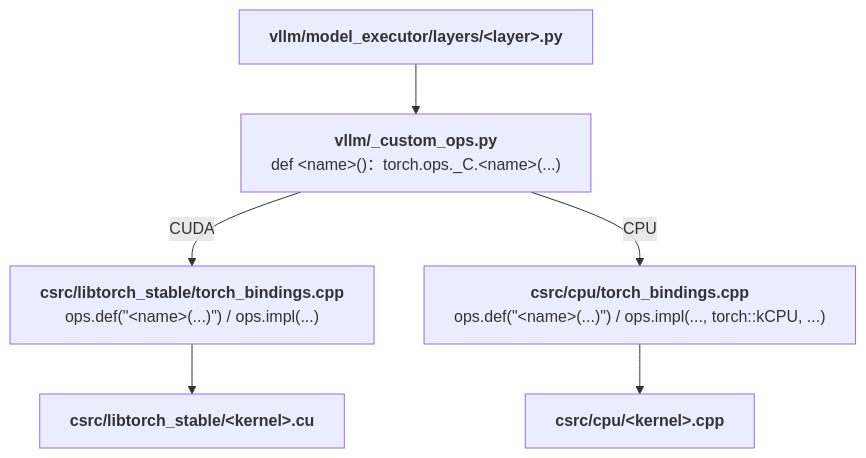
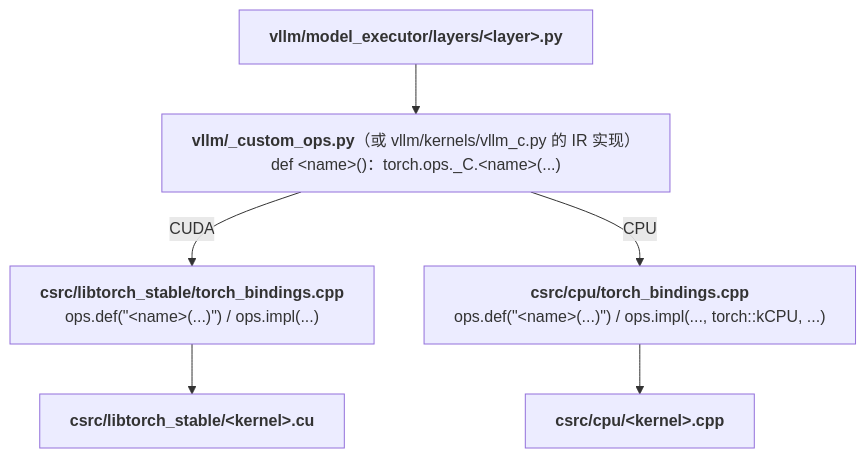
The fourth of 5 diagrams in _posts/2026-09-24-reading-a-million-line-codebase.md (arganzheng/arganzheng.github.com), drawn with Mermaid before and after one commit. The commit also changed other lines of this file, not shown here.

````diff
--- a/_posts/2026-09-24-reading-a-million-line-codebase.md
+++ b/_posts/2026-09-24-reading-a-million-line-codebase.md
@@ -357,10 +356,10 @@
 ```mermaid
 %%{init: {"flowchart": {"wrappingWidth": 520}}}%%
 %% 图：vLLM 版的一行链：_custom_ops 到 .cu
 flowchart TB
-    A["<b>vllm/model_executor/layers/&lt;layer&gt;.py</b>"] --> B["<b>vllm/_custom_ops.py</b><br/>def &lt;name&gt;()：torch.ops._C.&lt;name&gt;(...)"]
+    A["<b>vllm/model_executor/layers/&lt;layer&gt;.py</b>"] --> B["<b>vllm/_custom_ops.py</b>（或 vllm/kernels/vllm_c.py 的 IR 实现）<br/>def &lt;name&gt;()：torch.ops._C.&lt;name&gt;(...)"]
     B -->|CUDA| C["<b>csrc/libtorch_stable/torch_bindings.cpp</b><br/>ops.def(#quot;&lt;name&gt;(...)#quot;) / ops.impl(...)"]
     B -->|CPU| D["<b>csrc/cpu/torch_bindings.cpp</b><br/>ops.def(#quot;&lt;name&gt;(...)#quot;) / ops.impl(..., torch::kCPU, ...)"]
     C --> E["<b>csrc/libtorch_stable/&lt;kernel&gt;.cu</b>"]
     D --> F["<b>csrc/cpu/&lt;kernel&gt;.cpp</b>"]
 ```
````
